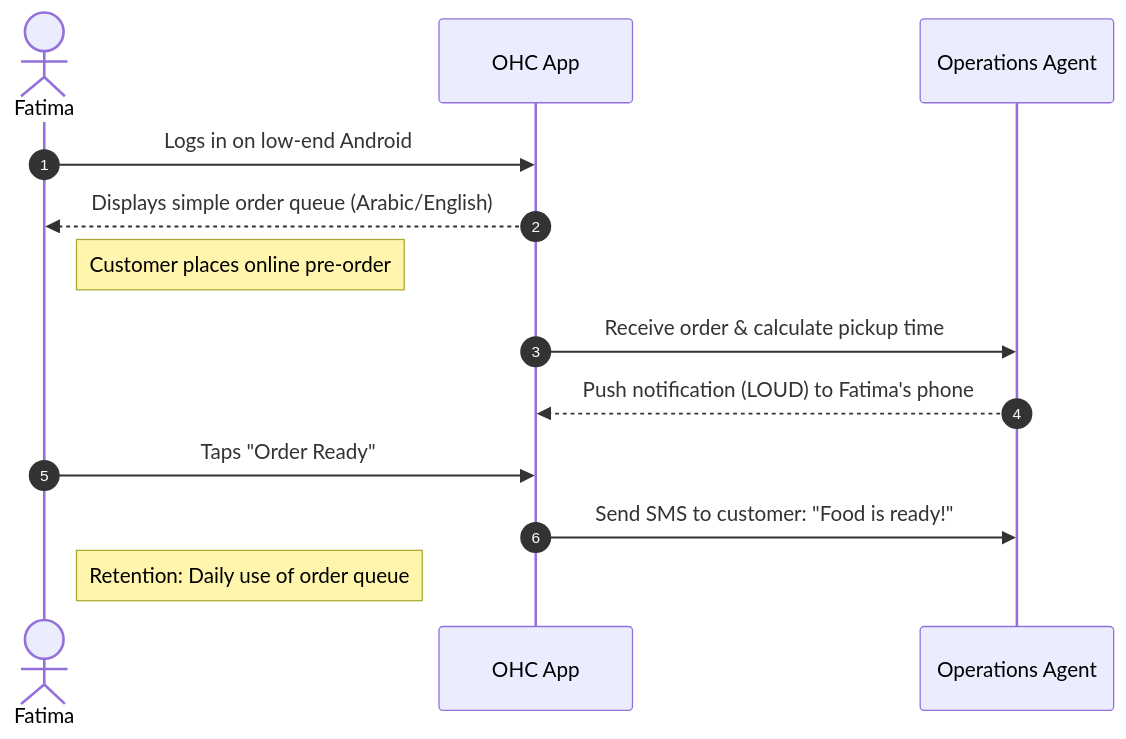
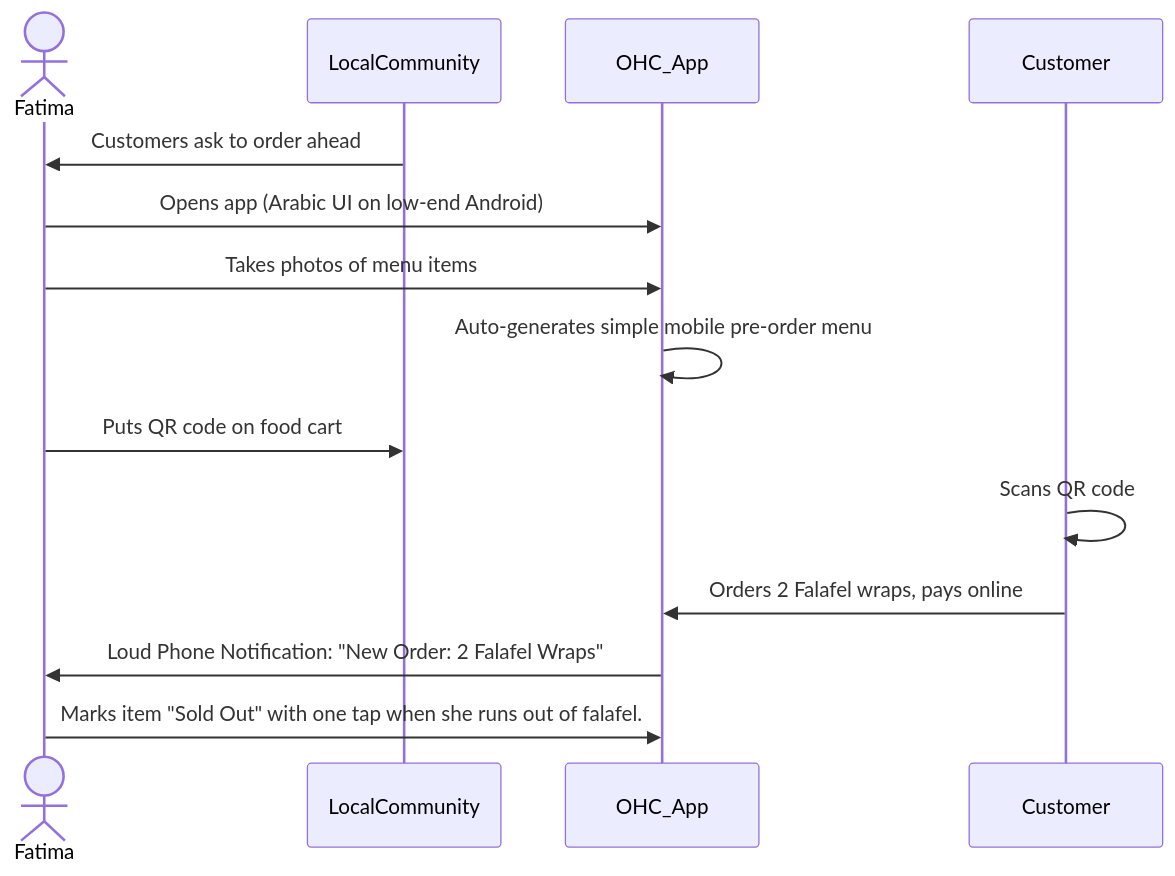
Before and after one commit to omnisolo-llc/onehumancorp: the fifth of 5 diagrams in docs/research/[architecture]_business_journey.md, drawn with Mermaid. The commit also changed other lines of this file, not shown here.

First line of the commit message:
docs: create Business Journey Architecture research report

````diff
--- a/docs/research/[architecture]_business_journey.md
+++ b/docs/research/[architecture]_business_journey.md
@@ -133,16 +174,22 @@
 ```mermaid
 sequenceDiagram
-    autonumber
-    actor Fatima as Fatima
-    participant App as OHC App
-    participant Ops as Operations Agent
+    actor Fatima
+    participant LocalCommunity
+    participant OHC_App
+    participant Customer
 
-    Fatima->>App: Logs in on low-end Android
-    App-->>Fatima: Displays simple order queue (Arabic/English)
-    note right of Fatima: Customer places online pre-order
-    App->>Ops: Receive order & calculate pickup time
-    Ops-->>App: Push notification (LOUD) to Fatima's phone
-    Fatima->>App: Taps "Order Ready"
-    App->>Ops: Send SMS to customer: "Food is ready!"
-    note right of Fatima: Retention: Daily use of order queue
+    %% Acquisition & Onboarding
+    LocalCommunity->>Fatima: Customers ask to order ahead
+    Fatima->>OHC_App: Opens app (Arabic UI on low-end Android)
+    Fatima->>OHC_App: Takes photos of menu items
+    OHC_App->>OHC_App: Auto-generates simple mobile pre-order menu
+
+    %% Activation
+    Fatima->>LocalCommunity: Puts QR code on food cart
+
+    %% Execution
+    Customer->>Customer: Scans QR code
+    Customer->>OHC_App: Orders 2 Falafel wraps, pays online
+    OHC_App->>Fatima: Loud Phone Notification: "New Order: 2 Falafel Wraps"
+    Fatima->>OHC_App: Marks item "Sold Out" with one tap when she runs out of falafel.
 ```
````
